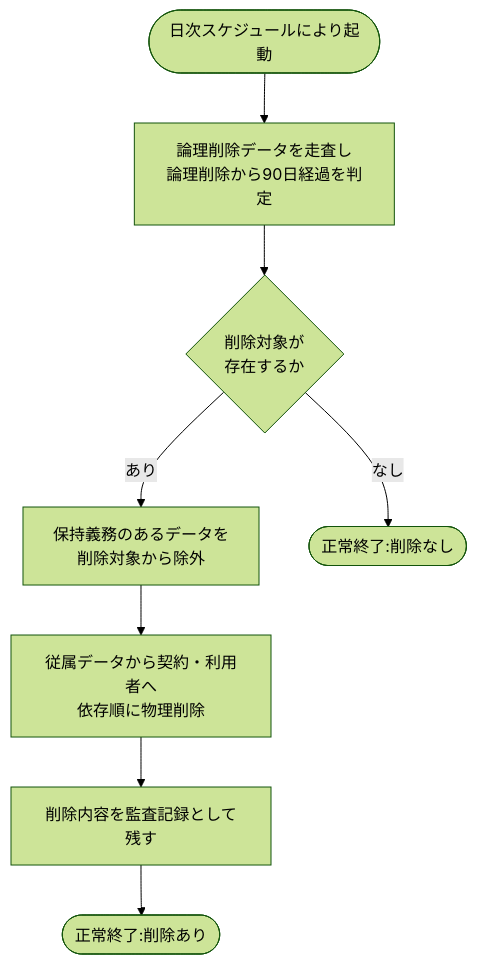
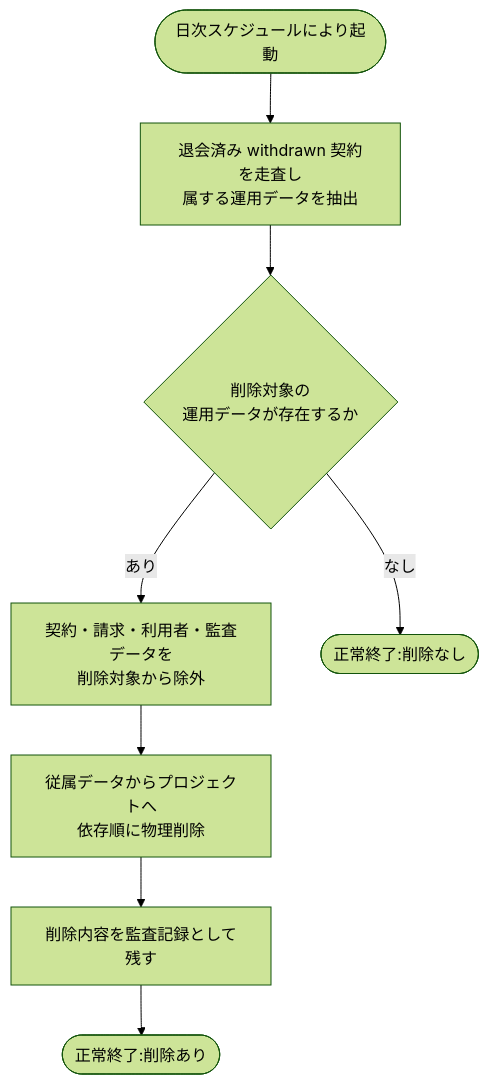
One commit to sikakou54/open-faq changed the diagram in 02_basic_design/02_backend/01_system/SYS-029.md. Above: the diagram before and after it, drawn with Mermaid (forest theme). The commit also changed other lines of this file and 66 other files, not shown here.

````diff
--- a/02_basic_design/02_backend/01_system/SYS-029.md
+++ b/02_basic_design/02_backend/01_system/SYS-029.md
@@ -34,10 +35,10 @@
 ```mermaid
 flowchart TB
-  S([日次スケジュールにより起動]) --> A[論理削除データを走査し<br/>論理削除から90日経過を判定]
-  A --> B{削除対象が<br/>存在するか}
-  B -- あり --> C[保持義務のあるデータを<br/>削除対象から除外]
-  C --> D[従属データから契約・利用者へ<br/>依存順に物理削除]
+  S([日次スケジュールにより起動]) --> A[退会済み withdrawn 契約を走査し<br/>属する運用データを抽出]
+  A --> B{削除対象の<br/>運用データが存在するか}
+  B -- あり --> C[契約・請求・利用者・監査データを<br/>削除対象から除外]
+  C --> D[従属データからプロジェクトへ<br/>依存順に物理削除]
   D --> E[削除内容を監査記録として残す]
   E --> F([正常終了:削除あり])
   B -- なし --> G([正常終了:削除なし])
 ```
````
